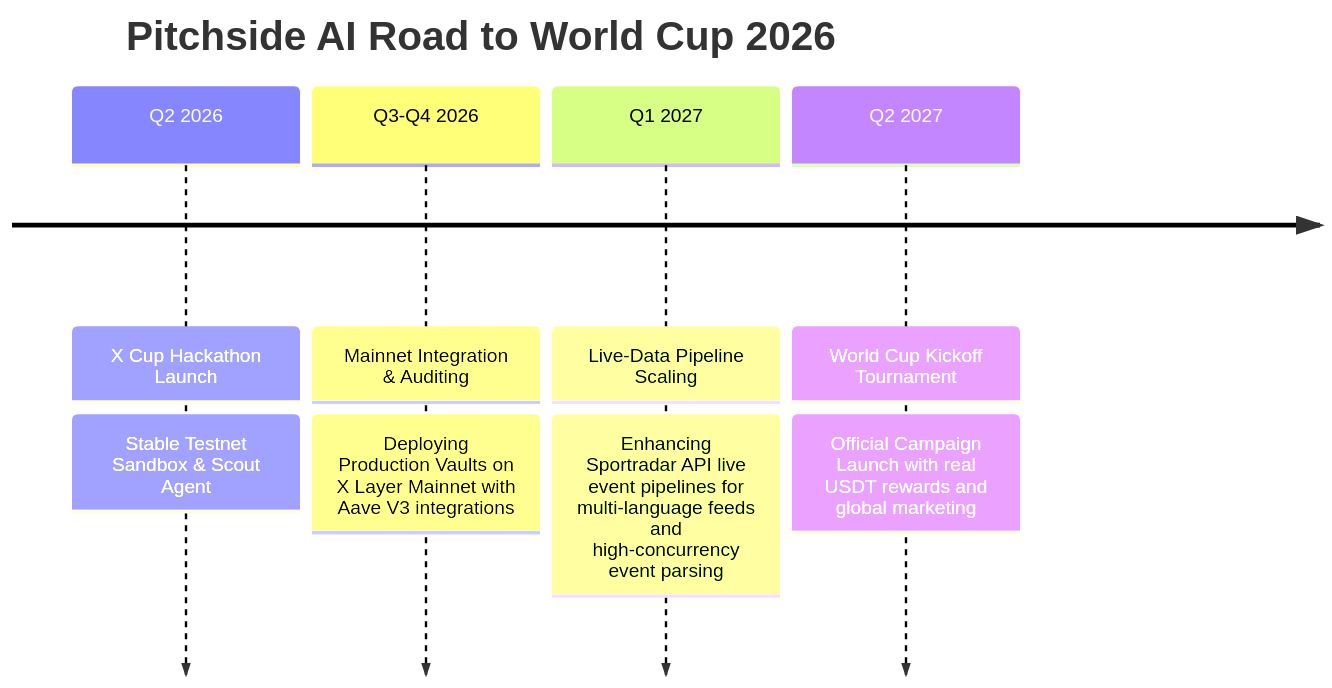
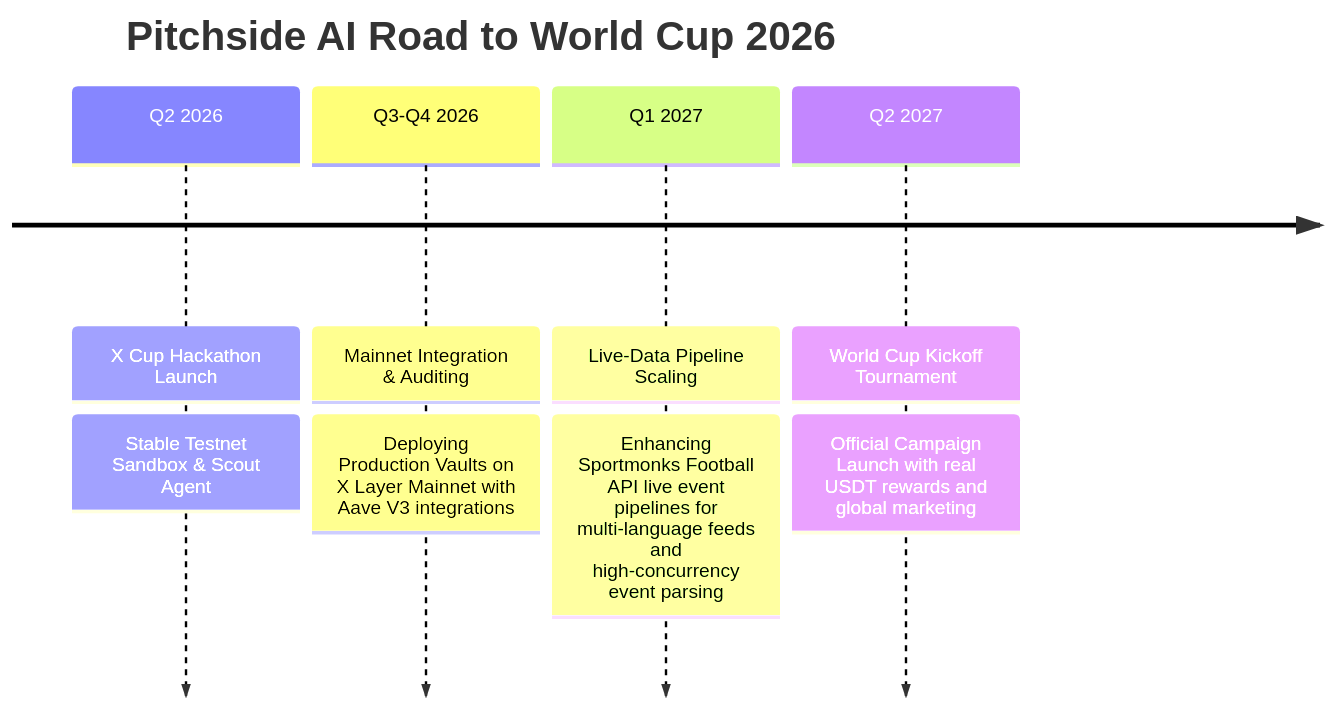
Before and after one commit to mrnetwork0001/ShieldSuite: the diagram in README.md, drawn with Mermaid. The commit also changed other lines of this file and 7 other files, not shown here.

Commit message:
feat: integrate Sportmonks Football API v3 and completely remove ESPN/Sportradar

````diff
--- a/README.md
+++ b/README.md
@@ -183,8 +183,8 @@
 ```mermaid
 timeline
     title Pitchside AI Road to World Cup 2026
     Q2 2026 : X Cup Hackathon Launch : Stable Testnet Sandbox & Scout Agent
     Q3-Q4 2026 : Mainnet Integration & Auditing : Deploying Production Vaults on X Layer Mainnet with Aave V3 integrations
-    Q1 2027 : Live-Data Pipeline Scaling : Enhancing Sportradar API live event pipelines for multi-language feeds and high-concurrency event parsing
+    Q1 2027 : Live-Data Pipeline Scaling : Enhancing Sportmonks Football API live event pipelines for multi-language feeds and high-concurrency event parsing
     Q2 2027 : World Cup Kickoff Tournament : Official Campaign Launch with real USDT rewards and global marketing
 ```
````
